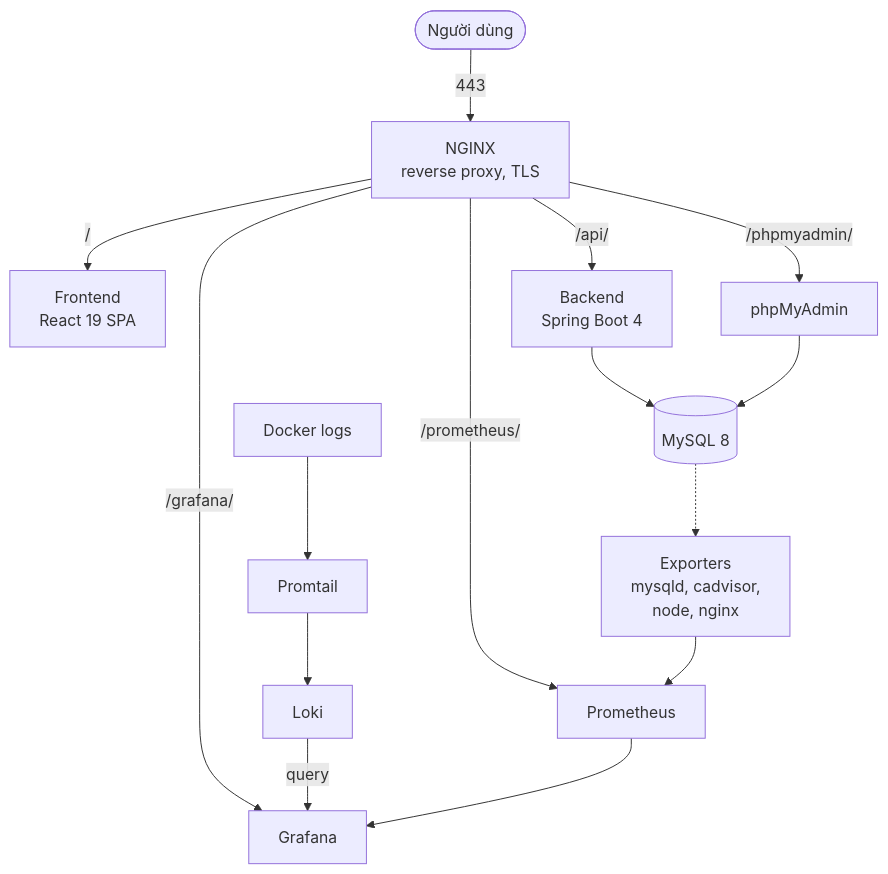
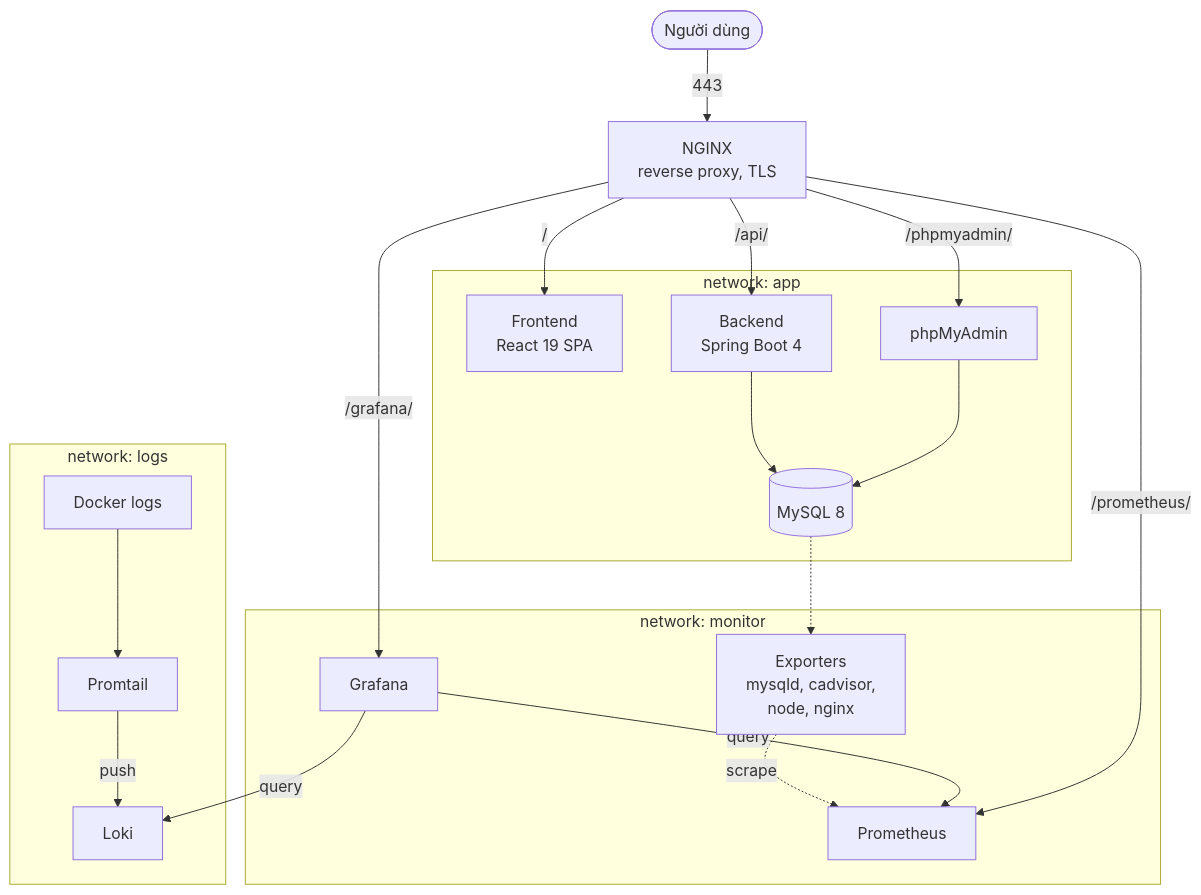
The diagram in README.md (DatHokage/autophone), drawn with Mermaid before and after one commit.

````diff
--- a/README.md
+++ b/README.md
@@ -1,16 +1,33 @@
 ```mermaid
 flowchart TD
     User([Người dùng]) -->|443| Nginx[NGINX<br/>reverse proxy, TLS]
-    Nginx -->|/| FE[Frontend<br/>React 19 SPA]
-    Nginx -->|/api/| BE[Backend<br/>Spring Boot 4]
-    Nginx -->|/phpmyadmin/| PMA[phpMyAdmin]
-    Nginx -->|/grafana/| GF[Grafana]
-    Nginx -->|/prometheus/| PR[Prometheus]
-    BE --> DB[(MySQL 8)]
-    PMA --> DB
-    Exp[Exporters<br/>mysqld, cadvisor,<br/>node, nginx] --> PR
-    DB -.-> Exp
-    Docker[Docker logs] --> Promtail --> Loki
-    Loki -->|query| GF
-    PR --> GF
+
+    subgraph app [network: app]
+        FE[Frontend<br/>React 19 SPA]
+        BE[Backend<br/>Spring Boot 4]
+        PMA[phpMyAdmin]
+        DB[(MySQL 8)]
+        BE --> DB
+        PMA --> DB
+    end
+
+    subgraph monitor [network: monitor]
+        PR[Prometheus]
+        GF[Grafana]
+        EXP[Exporters<br/>mysqld, cadvisor,<br/>node, nginx]
+        EXP -.->|scrape| PR
+        GF -->|query| PR
+    end
+
+    subgraph logs [network: logs]
+        DL[Docker logs] --> PT[Promtail] -->|push| LK[Loki]
+    end
+
+    Nginx -->|/| FE
+    Nginx -->|/api/| BE
+    Nginx -->|/phpmyadmin/| PMA
+    Nginx -->|/grafana/| GF
+    Nginx -->|/prometheus/| PR
+    GF -->|query| LK
+    DB -.-> EXP
 ```
````
